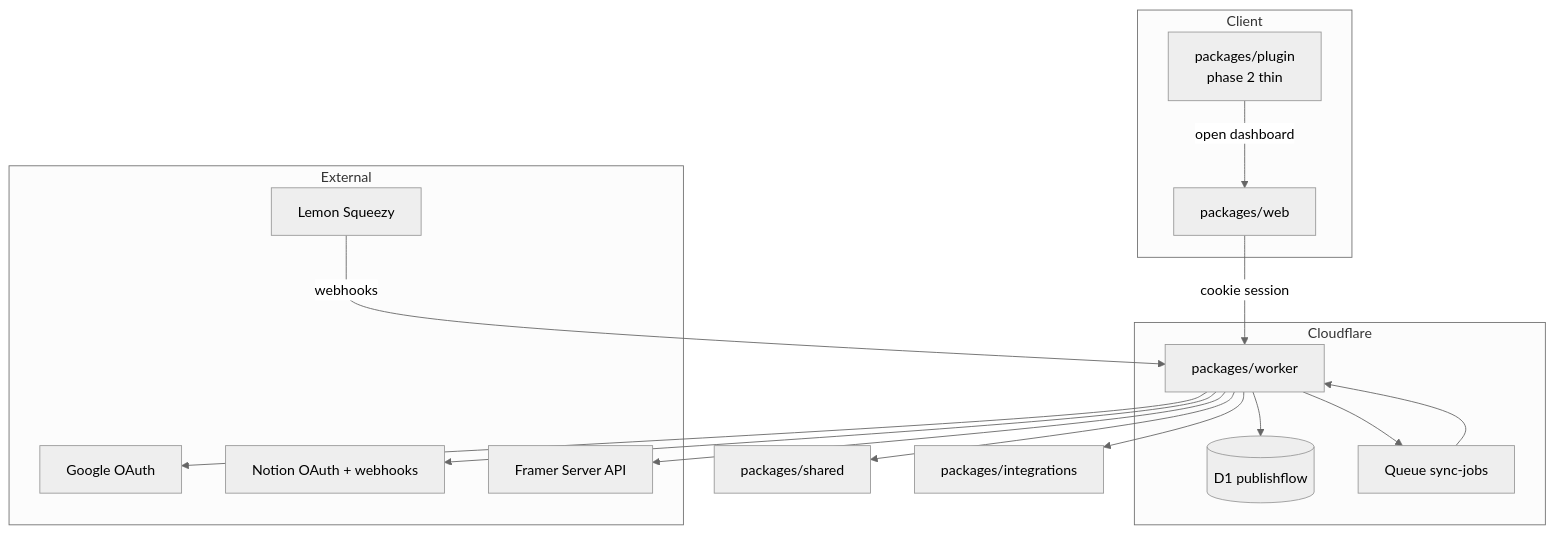
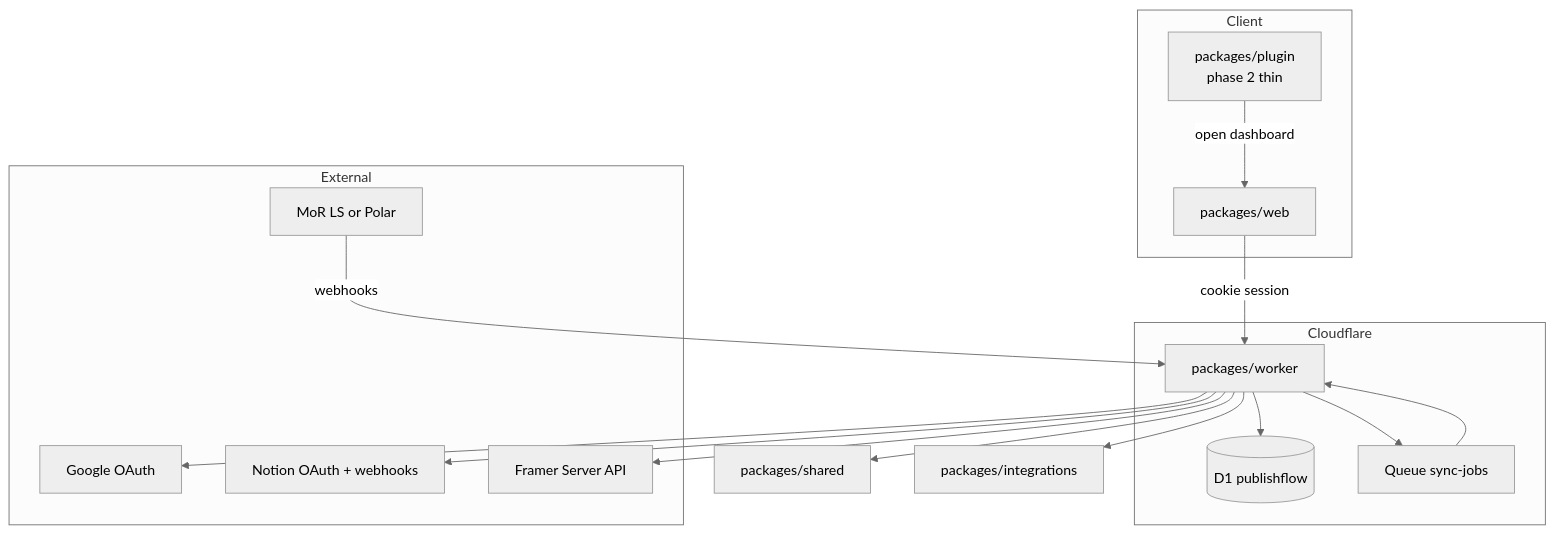
The first of 3 diagrams in docs/PIVOT.md (Gururajj77/knot-cms), drawn with Mermaid (neutral theme) before and after one commit. The commit also changed other lines of this file and 30 other files, not shown here.

````diff
--- a/docs/PIVOT.md
+++ b/docs/PIVOT.md
@@ -35,32 +52,32 @@
 ```mermaid
 flowchart TB
   subgraph client [Client]
     Web["packages/web"]
     Plugin["packages/plugin\nphase 2 thin"]
   end
 
   subgraph cloud [Cloudflare]
     Worker["packages/worker"]
     D1[("D1 publishflow")]
     Queue["Queue sync-jobs"]
   end
 
   subgraph external [External]
     Google["Google OAuth"]
     Notion["Notion OAuth + webhooks"]
-    LS["Lemon Squeezy"]
+    MoR["MoR LS or Polar"]
     Framer["Framer Server API"]
   end
 
   Web -->|"cookie session"| Worker
   Plugin -->|"open dashboard"| Web
   Worker --> D1
   Worker --> Queue
   Queue --> Worker
   Worker --> Google
   Worker --> Notion
-  LS -->|"webhooks"| Worker
+  MoR -->|"webhooks"| Worker
   Worker --> Framer
   Worker --> Shared["packages/shared"]
   Worker --> Integrations["packages/integrations"]
 ```
````
